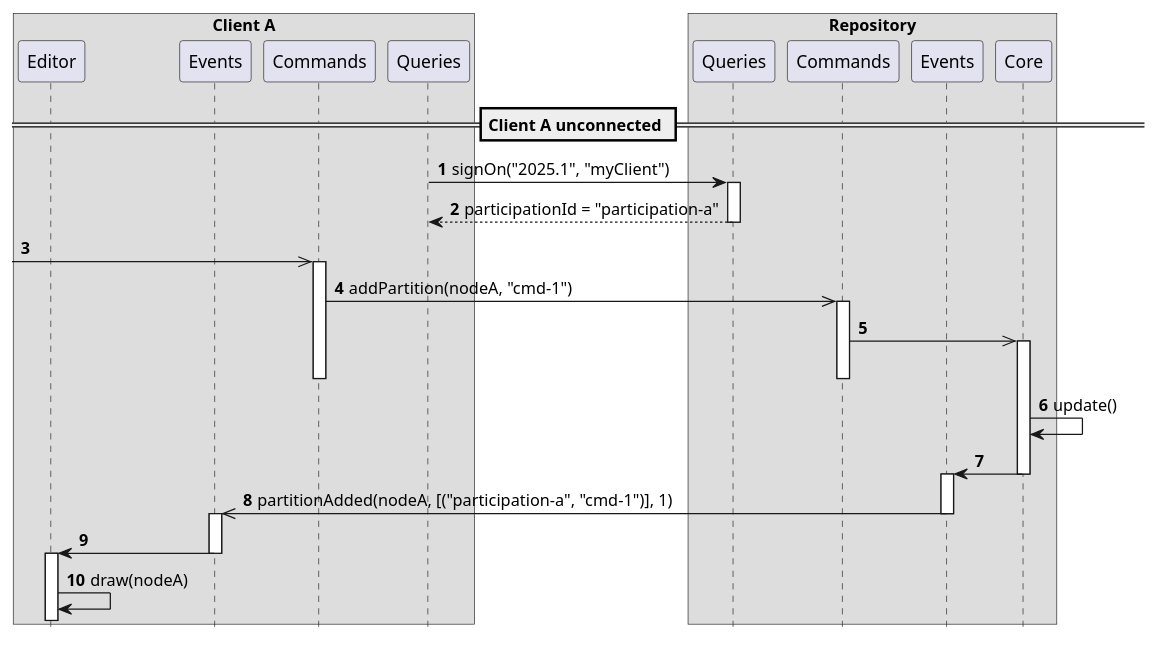
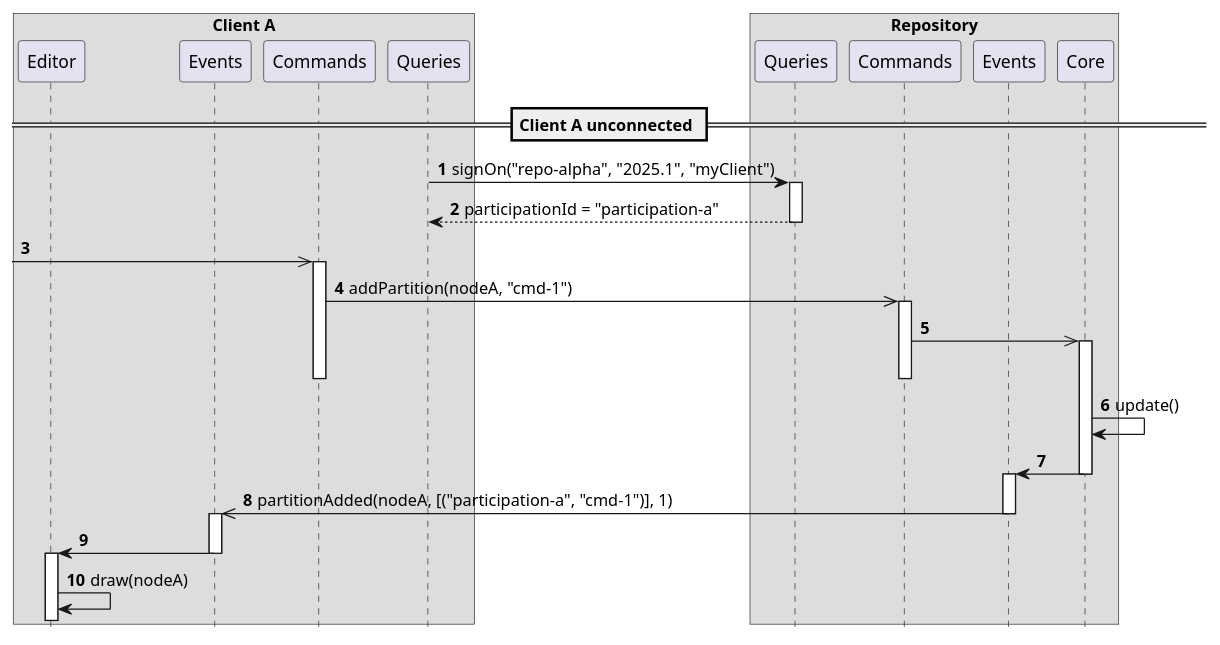
The diagram in delta/scenarios/virginRepo.adoc (LionWeb-io/specification), drawn with PlantUML before and after one commit. The commit also changed other lines of this file and 8 other files, not shown here.

```diff
--- a/delta/scenarios/virginRepo.adoc
+++ b/delta/scenarios/virginRepo.adoc
@@ -3,48 +3,48 @@
 [plantuml,virginRepo,svg]
 ----
 hide footbox
 autonumber
 
 box "Client A"
   participant Editor as editor
   participant Events as clientEvent
   participant Commands as clientCmd
   participant Queries as clientQuery
 end box
 
 box "Repository"
   participant Queries as repoQuery
   participant Commands as repoCmd
 '  participant Queries  as rQry
   participant Events as repoEvent
   participant Core as core
 end box
 
 == Client A unconnected ==
 
-clientQuery -> repoQuery ++: signOn("2025.1", "myClient")
+clientQuery -> repoQuery ++: signOn("repo-alpha", "2025.1", "myClient")
 return participationId = "participation-a"
 
 [->> clientCmd ++
 clientCmd ->> repoCmd ++: addPartition(nodeA, "cmd-1")
 repoCmd ->> core
 activate core
 deactivate clientCmd
 deactivate repoCmd
 
 core -> core: update()
 
 core -> repoEvent
 deactivate core
 
 activate repoEvent
 clientEvent <<- repoEvent: partitionAdded(nodeA, [("participation-a", "cmd-1")], 1)
 deactivate repoEvent
 
 activate clientEvent
 clientEvent -> editor
 deactivate clientEvent
 
 activate editor
 editor -> editor: draw(nodeA)
 ----
```
